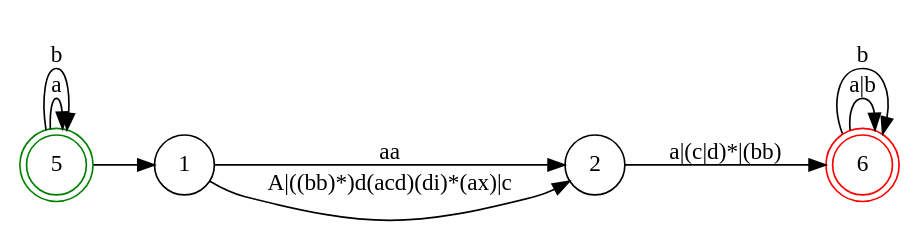
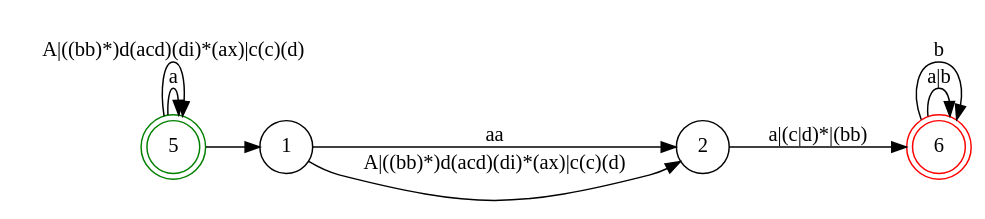
The diagram in scripts/lua/dot/NDF.dot (v012345/lua5.4.4), drawn with Graphviz before and after one commit. The commit also changed 2 other files, not shown here.

```diff
--- a/scripts/lua/dot/NDF.dot
+++ b/scripts/lua/dot/NDF.dot
@@ -1,16 +1,16 @@
 digraph NDF {
     rankdir = LR;
     size = "8,5";
     node [shape = doublecircle;];
     5 [color = green;];
     6 [color = red;];
     node [shape = circle;];
     5 -> 5 [label = "a";];
-    5 -> 5 [label = "b";];
+    5 -> 5 [label = "A|((bb)*)d(acd)(di)*(ax)|c(c)(d)";];
     5 -> 1 [label = "";];
     1 -> 2 [label = "aa";];
-    1 -> 2 [label = "A|((bb)*)d(acd)(di)*(ax)|c";];
+    1 -> 2 [label = "A|((bb)*)d(acd)(di)*(ax)|c(c)(d)";];
     2 -> 6 [label = "a|(c|d)*|(bb)";];
     6 -> 6 [label = "a|b";];
     6 -> 6 [label = "b";];
 }
```
